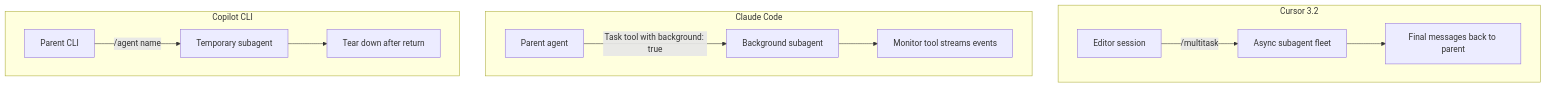
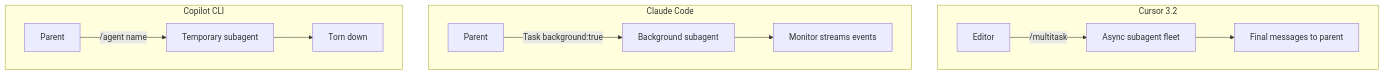
The diagram in tools/cursor/multitask-subagents.md (agentpatterns-ai/website), drawn with Mermaid before and after one commit. The commit also changed other lines of this file and 489 other files, not shown here.

````diff
--- a/tools/cursor/multitask-subagents.md
+++ b/tools/cursor/multitask-subagents.md
@@ -60,17 +60,15 @@
 ```mermaid
 graph TD
     subgraph Cursor["Cursor 3.2"]
-        C1[Editor session] -->|/multitask| C2[Async subagent fleet]
-        C2 --> C3[Final messages back to parent]
+        C1[Editor] -->|/multitask| C2[Async subagent fleet]
+        C2 --> C3[Final messages to parent]
     end
-
     subgraph Claude["Claude Code"]
-        K1[Parent agent] -->|Task tool with background: true| K2[Background subagent]
-        K2 --> K3[Monitor tool streams events]
+        K1[Parent] -->|Task background:true| K2[Background subagent]
+        K2 --> K3[Monitor streams events]
     end
-
     subgraph Copilot["Copilot CLI"]
-        G1[Parent CLI] -->|/agent name| G2[Temporary subagent]
-        G2 --> G3[Tear down after return]
+        G1[Parent] -->|/agent name| G2[Temporary subagent]
+        G2 --> G3[Torn down]
     end
 ```
````
